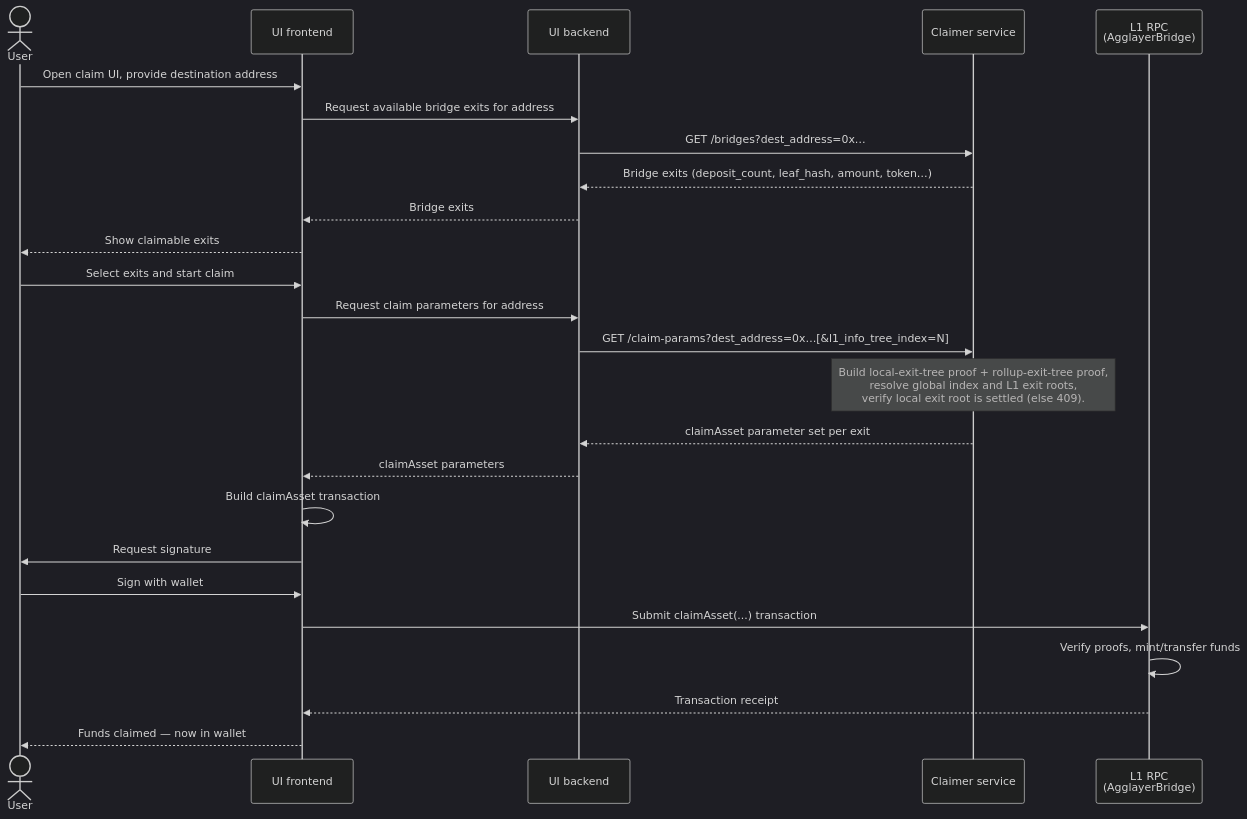
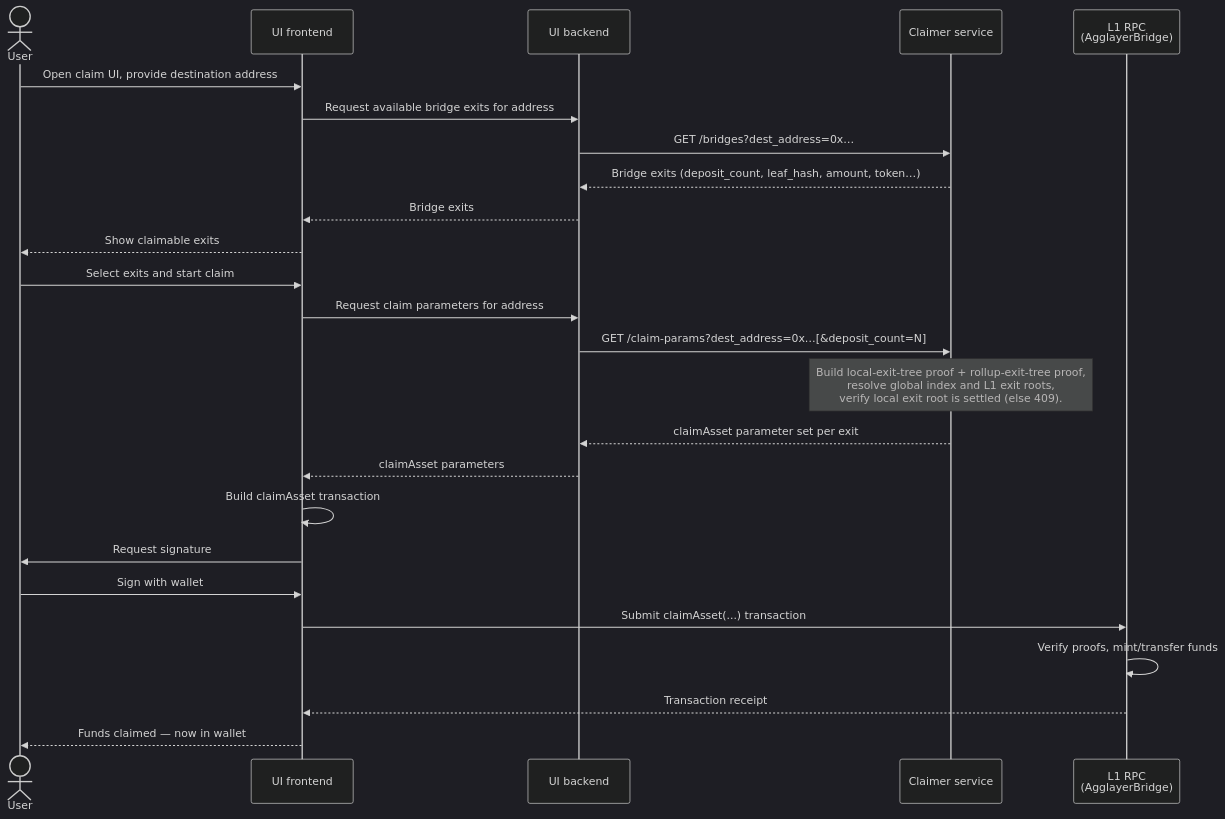
Before and after one commit to agglayer/aggkit: the diagram in tools/exit_certificate_claimer/SPEC.md, drawn with Mermaid (dark theme). The commit also changed other lines of this file and 47 other files, not shown here.

````diff
--- a/tools/exit_certificate_claimer/SPEC.md
+++ b/tools/exit_certificate_claimer/SPEC.md
@@ -65,30 +65,30 @@
 ```mermaid
 sequenceDiagram
     actor User
     participant FE as UI frontend
     participant BE as UI backend
     participant CL as Claimer service
     participant L1 as L1 RPC<br/>(AgglayerBridge)
 
     User->>FE: Open claim UI, provide destination address
     FE->>BE: Request available bridge exits for address
     BE->>CL: GET /bridges?dest_address=0x…
     CL-->>BE: Bridge exits (deposit_count, leaf_hash, amount, token…)
     BE-->>FE: Bridge exits
     FE-->>User: Show claimable exits
 
     User->>FE: Select exits and start claim
     FE->>BE: Request claim parameters for address
-    BE->>CL: GET /claim-params?dest_address=0x…[&l1_info_tree_index=N]
+    BE->>CL: GET /claim-params?dest_address=0x…[&deposit_count=N]
     Note over CL: Build local-exit-tree proof + rollup-exit-tree proof,<br/>resolve global index and L1 exit roots,<br/>verify local exit root is settled (else 409).
     CL-->>BE: claimAsset parameter set per exit
     BE-->>FE: claimAsset parameters
 
     FE->>FE: Build claimAsset transaction
     FE->>User: Request signature
     User->>FE: Sign with wallet
     FE->>L1: Submit claimAsset(...) transaction
     L1->>L1: Verify proofs, mint/transfer funds
     L1-->>FE: Transaction receipt
     FE-->>User: Funds claimed — now in wallet
 ```
````
